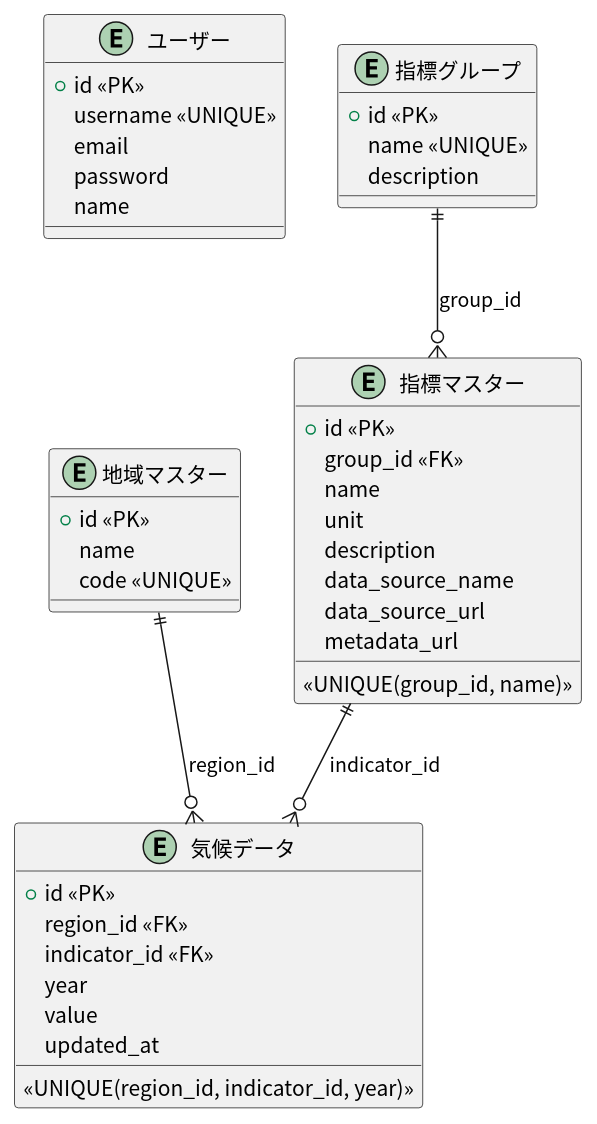
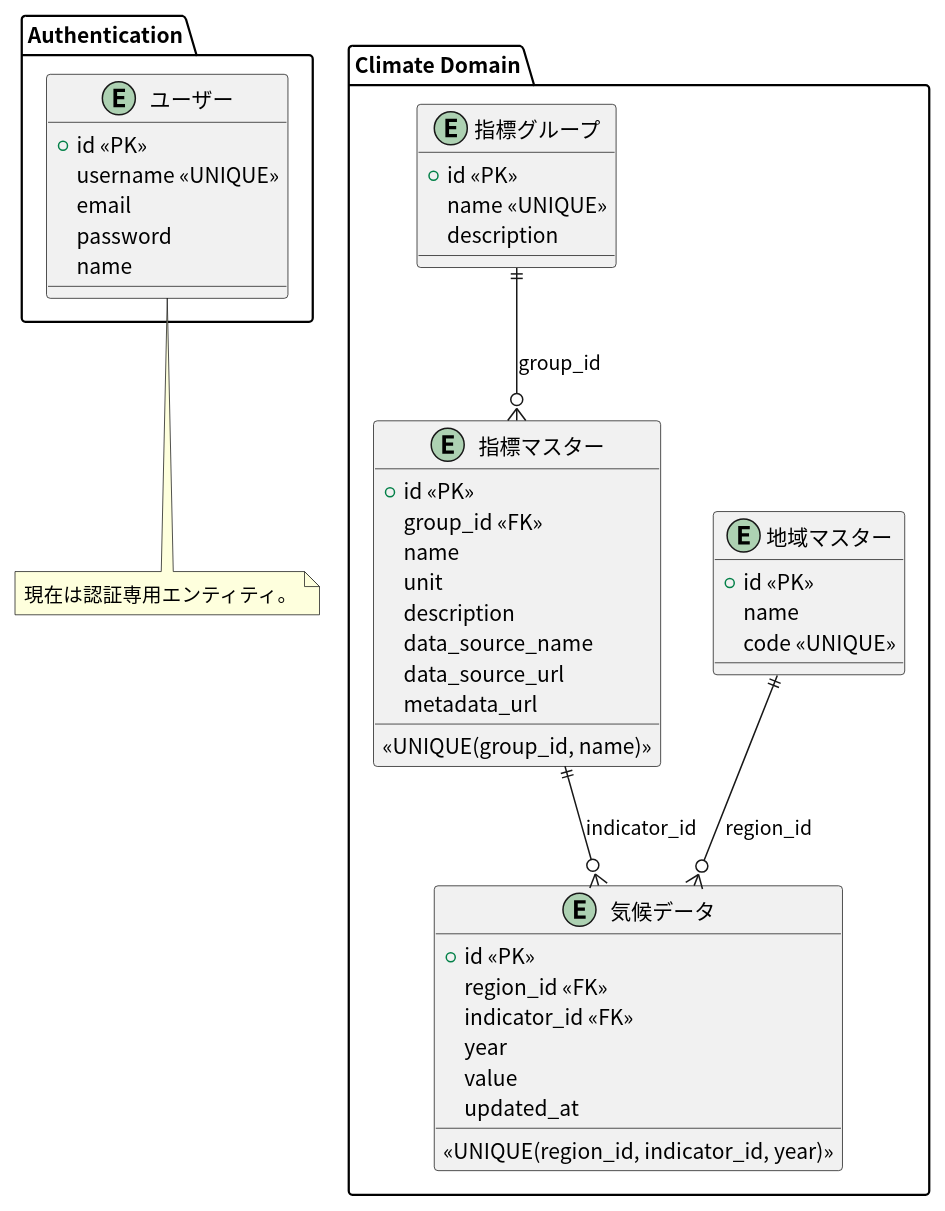
Before and after one commit to tomoki-shiozaki/climate-change-app: the diagram in docs/er/er.pu, drawn with PlantUML. The commit also changed 1 other file, not shown here.

Commit message:
docs(ER): update ER diagram

```diff
--- a/docs/er/er.pu
+++ b/docs/er/er.pu
@@ -1,51 +1,60 @@
 @startuml er
 skinparam defaultFontName "Noto Sans CJK JP"
 
-entity "ユーザー" as User {
-  +id <<PK>>
-  username <<UNIQUE>>
-  email
-  password
-  name
+package "Authentication" {
+  entity "ユーザー" as User {
+    +id <<PK>>
+    username <<UNIQUE>>
+    email
+    password
+    name
+  }
 }
 
-entity "地域マスター" as Region {
-  +id <<PK>>
-  name
-  code <<UNIQUE>>
+package "Climate Domain" {
+
+  entity "地域マスター" as Region {
+    +id <<PK>>
+    name
+    code <<UNIQUE>>
+  }
+
+  entity "指標グループ" as IndicatorGroup {
+    +id <<PK>>
+    name <<UNIQUE>>
+    description
+  }
+
+  entity "指標マスター" as Indicator {
+    +id <<PK>>
+    group_id <<FK>>
+    name
+    unit
+    description
+    data_source_name
+    data_source_url
+    metadata_url
+    <<UNIQUE(group_id, name)>>
+  }
+
+  entity "気候データ" as ClimateData {
+    +id <<PK>>
+    region_id <<FK>>
+    indicator_id <<FK>>
+    year
+    value
+    updated_at
+    <<UNIQUE(region_id, indicator_id, year)>>
+  }
+
+  IndicatorGroup ||--o{ Indicator : group_id
+
+  Region ||--o{ ClimateData : region_id
+  Indicator ||--o{ ClimateData : indicator_id
 }
 
-entity "指標グループ" as IndicatorGroup {
-  +id <<PK>>
-  name <<UNIQUE>>
-  description
-}
-
-entity "指標マスター" as Indicator {
-  +id <<PK>>
-  group_id <<FK>>
-  name
-  unit
-  description
-  data_source_name
-  data_source_url
-  metadata_url
-  <<UNIQUE(group_id, name)>>
-}
-
-entity "気候データ" as ClimateData {
-  +id <<PK>>
-  region_id <<FK>>
-  indicator_id <<FK>>
-  year
-  value
-  updated_at
-  <<UNIQUE(region_id, indicator_id, year)>>
-}
-
-IndicatorGroup ||--o{ Indicator : group_id
-
-Region ||--o{ ClimateData : region_id
-Indicator ||--o{ ClimateData : indicator_id
+note bottom of User
+現在は認証専用エンティティ。
+end note
 
 @enduml
```
